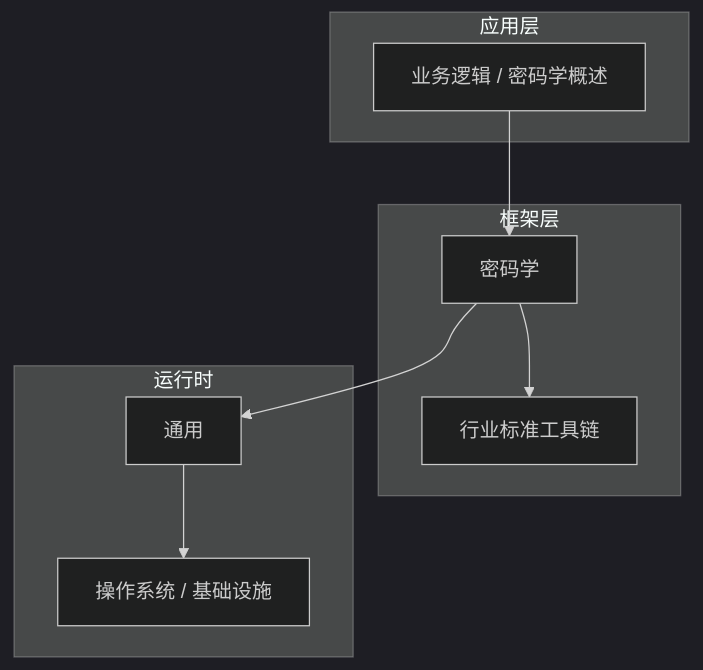
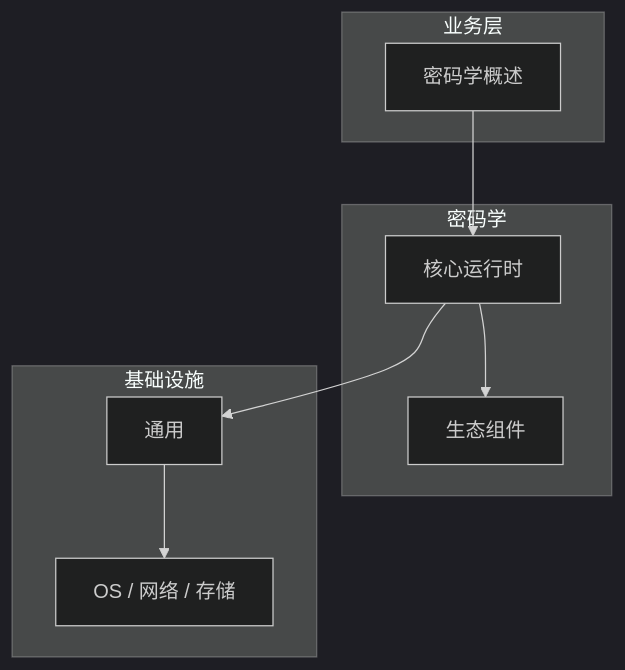
The diagram in articles/密码学/chapters/001-密码学概述核心概念与原理.md (yanggan2015/knowledge-json-v2), drawn with Mermaid (dark theme) before and after one commit. The commit also changed other lines of this file and 10127 other files, not shown here.

````diff
--- a/articles/密码学/chapters/001-密码学概述核心概念与原理.md
+++ b/articles/密码学/chapters/001-密码学概述核心概念与原理.md
@@ -46,18 +31,18 @@
 ```mermaid
 graph TB
-    subgraph 应用层
-        A[业务逻辑 / 密码学概述]
+    subgraph 业务层
+        A[密码学概述]
     end
-    subgraph 框架层
-        B[密码学]
-        C[行业标准工具链]
+    subgraph 密码学
+        B[核心运行时]
+        C[生态组件]
     end
-    subgraph 运行时
+    subgraph 基础设施
         D[通用]
-        E[操作系统 / 基础设施]
+        E[OS / 网络 / 存储]
     end
     A --> B
     B --> C
     B --> D
     D --> E
 ```
````
